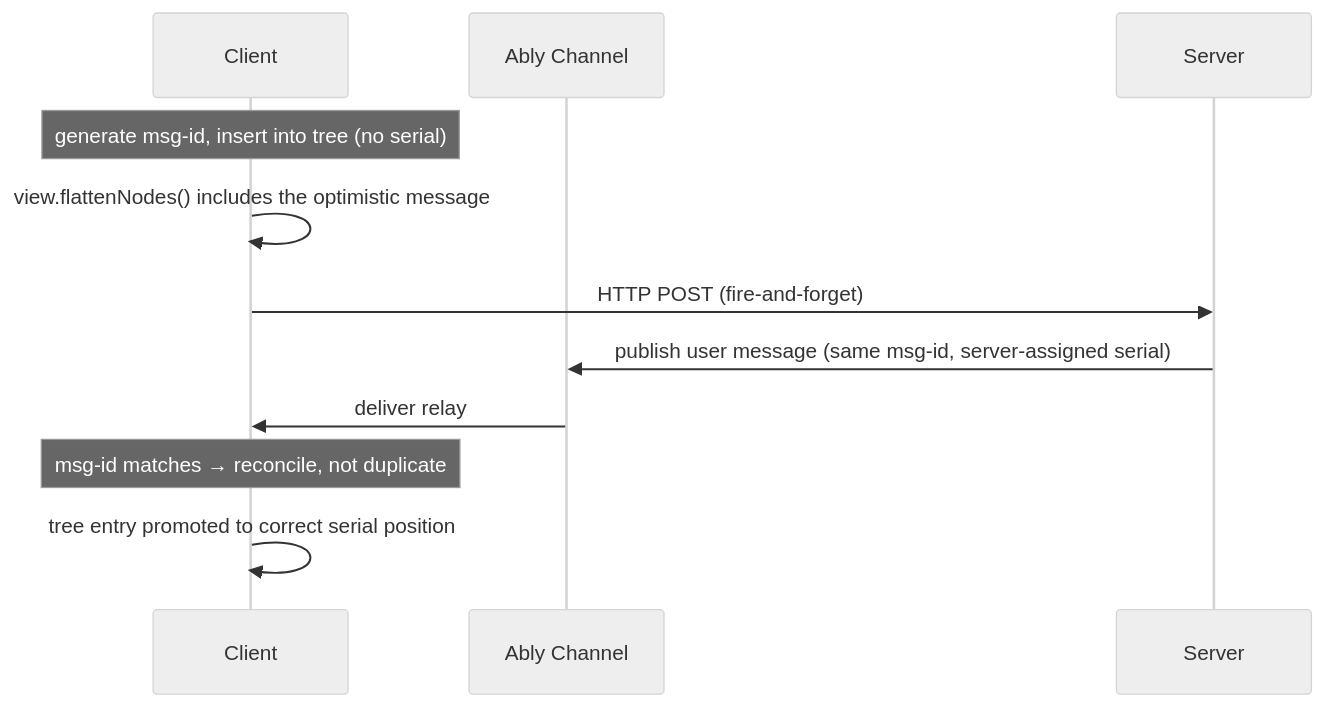
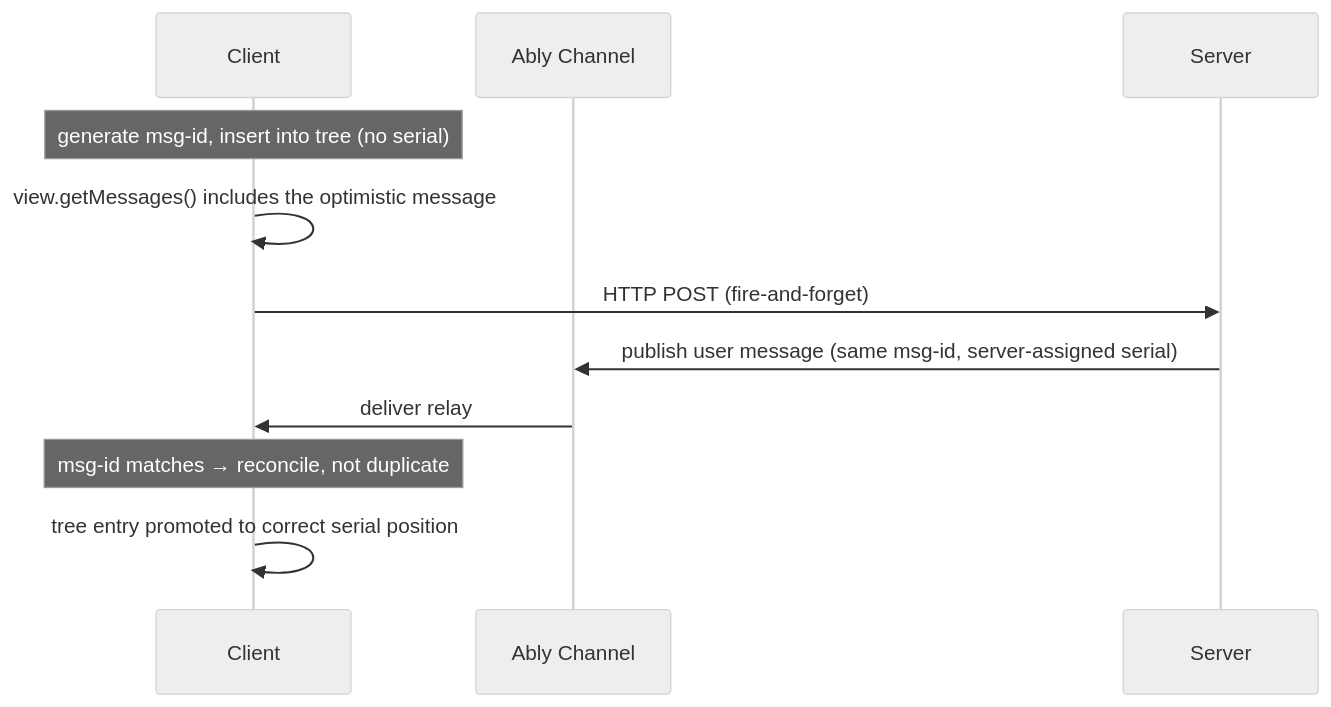
One commit to ably/ably-ai-transport-js changed the diagram in docs/features/optimistic-updates.md. Above: the diagram before and after it, drawn with Mermaid (neutral theme). The commit also changed other lines of this file and 60 other files, not shown here.

````diff
--- a/docs/features/optimistic-updates.md
+++ b/docs/features/optimistic-updates.md
@@ -13,14 +13,14 @@
 ```mermaid
 sequenceDiagram
     participant C as Client
     participant Ch as Ably Channel
     participant S as Server
 
     Note over C: generate msg-id, insert into tree (no serial)
-    C->>C: view.flattenNodes() includes the optimistic message
+    C->>C: view.getMessages() includes the optimistic message
     C->>S: HTTP POST (fire-and-forget)
     S->>Ch: publish user message (same msg-id, server-assigned serial)
     Ch->>C: deliver relay
     Note over C: msg-id matches → reconcile, not duplicate
     C->>C: tree entry promoted to correct serial position
 ```
````
